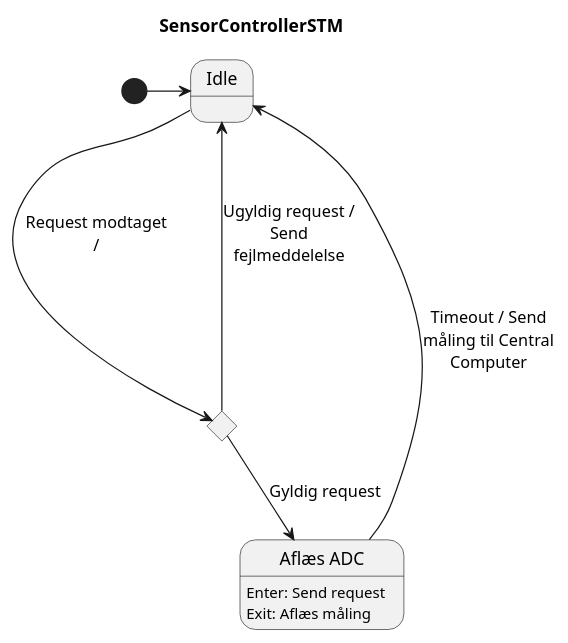
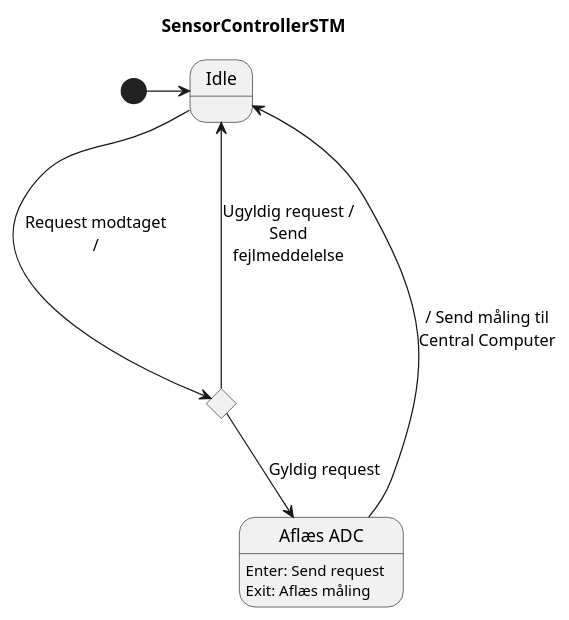
Before and after one commit to Solvgraa-mager/E4PRJ4: the diagram in Design/SE/SensorController/Software/SensorControllerSTM.puml, drawn with PlantUML. The commit also changed 2 other files, not shown here.

```diff
--- a/Design/SE/SensorController/Software/SensorControllerSTM.puml
+++ b/Design/SE/SensorController/Software/SensorControllerSTM.puml
@@ -1,19 +1,19 @@
 @startuml SensorControllerSTM
 title SensorControllerSTM
 
 skinparam maxMessageSize 120
 
 state Idle 
 state EvaluateRequest <<choice>>
 state Afvent_ADC as "Aflæs ADC"
 
 [*] -> Idle
 Idle -> EvaluateRequest : Request modtaget / 
 EvaluateRequest --> Afvent_ADC : Gyldig request
 EvaluateRequest ---> Idle : Ugyldig request / Send fejlmeddelelse
-Afvent_ADC -> Idle : Timeout / Send måling til Central Computer
+Afvent_ADC -> Idle :  / Send måling til Central Computer
 
 Afvent_ADC : Enter: Send request 
 Afvent_ADC : Exit: Aflæs måling
 
 @enduml
```
